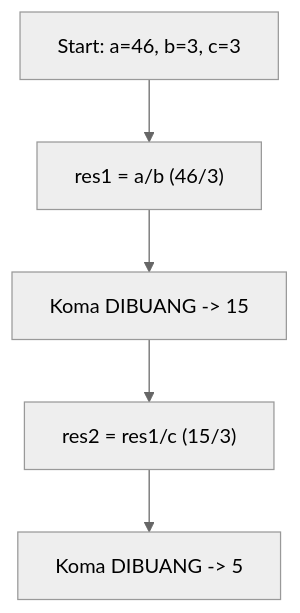
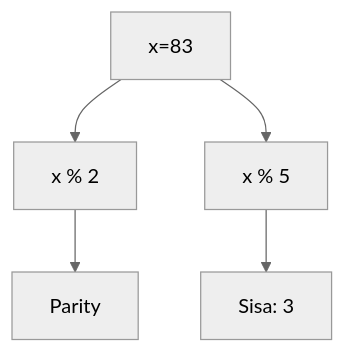
One commit to amnahwaida/OSNK_INF_PREP changed the seventh of 25 diagrams in part-c-pemahaman-cpp/01-tipe-data/latihan/set-06.md. Above: the diagram before and after it, drawn with Mermaid (neutral theme). The commit also changed other lines of this file and 71 other files, not shown here.

````diff
--- a/part-c-pemahaman-cpp/01-tipe-data/latihan/set-06.md
+++ b/part-c-pemahaman-cpp/01-tipe-data/latihan/set-06.md
@@ -113,7 +203,7 @@
 ```mermaid
 graph TD
-    A[Start: a=46, b=3, c=3] --> B["res1 = a/b (46/3)"]
-    B --> C["Koma DIBUANG -> 15"]
-    C --> D["res2 = res1/c (15/3)"]
-    D --> E["Koma DIBUANG -> 5"]
+A[x=83] --> B[x % 2]
+B --> C[Parity]
+A --> D[x % 5]
+D --> E[Sisa: 3]
 ```
````
